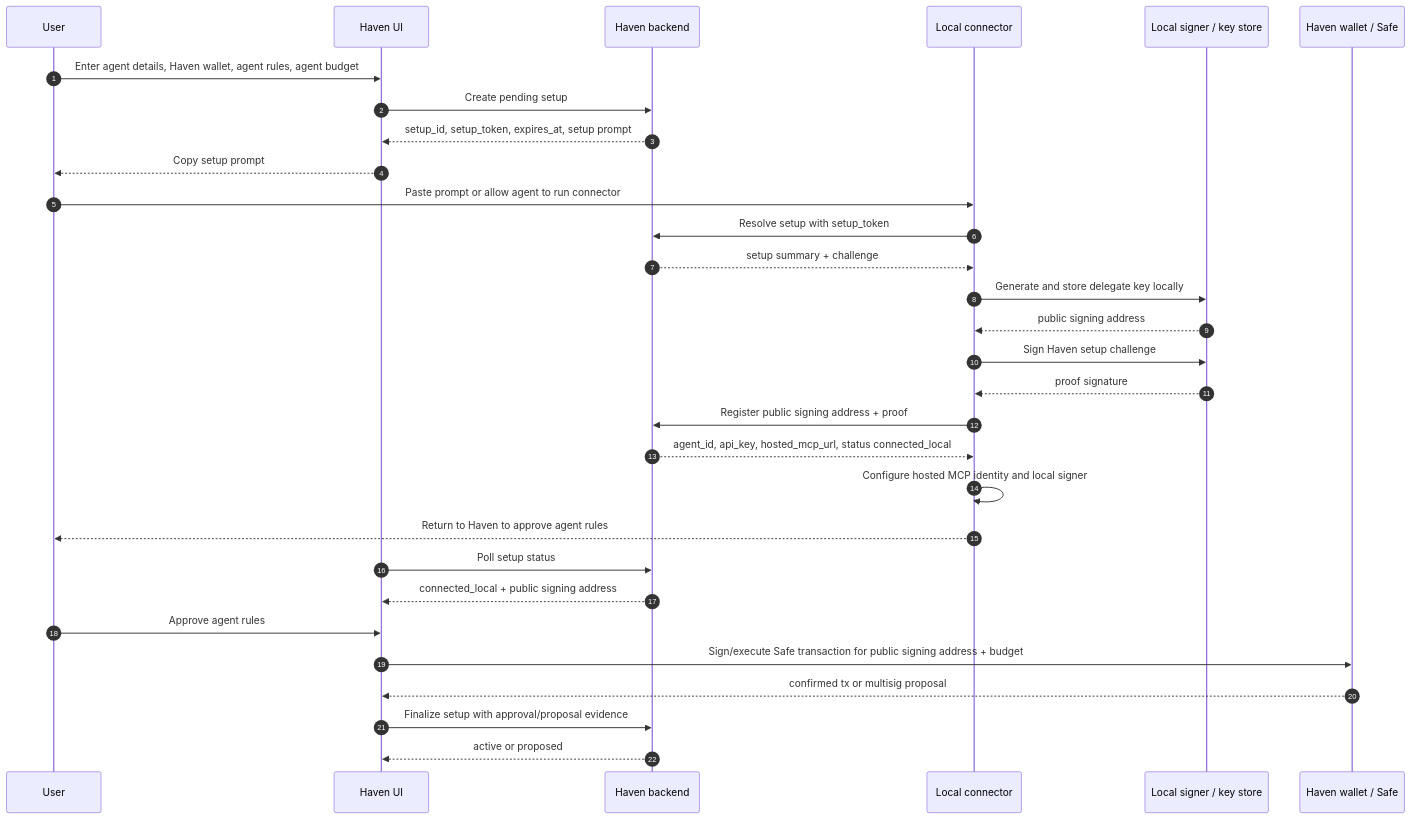
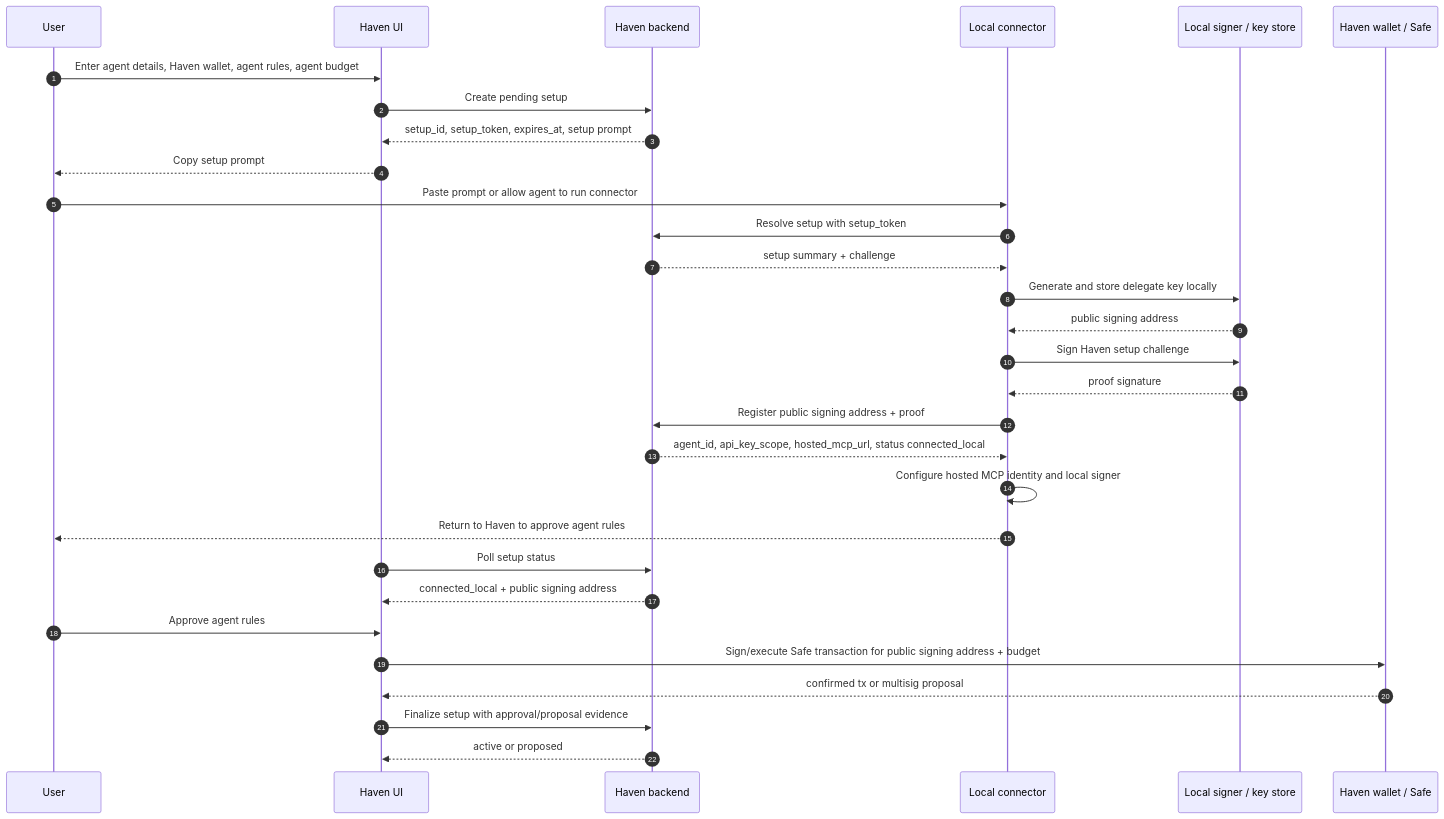
Before and after one commit to d-hinders/Haven-AI: the first of 4 diagrams in docs/architecture/08-connect-agent-2-local-key-pairing.md, drawn with Mermaid. The commit also changed other lines of this file and 14 other files, not shown here.

````diff
--- a/docs/architecture/08-connect-agent-2-local-key-pairing.md
+++ b/docs/architecture/08-connect-agent-2-local-key-pairing.md
@@ -180,33 +185,33 @@
 ```mermaid
 sequenceDiagram
   autonumber
   participant User
   participant UI as Haven UI
   participant API as Haven backend
   participant Connector as Local connector
   participant Signer as Local signer / key store
   participant Wallet as Haven wallet / Safe
 
   User->>UI: Enter agent details, Haven wallet, agent rules, agent budget
   UI->>API: Create pending setup
   API-->>UI: setup_id, setup_token, expires_at, setup prompt
   UI-->>User: Copy setup prompt
   User->>Connector: Paste prompt or allow agent to run connector
   Connector->>API: Resolve setup with setup_token
   API-->>Connector: setup summary + challenge
   Connector->>Signer: Generate and store delegate key locally
   Signer-->>Connector: public signing address
   Connector->>Signer: Sign Haven setup challenge
   Signer-->>Connector: proof signature
   Connector->>API: Register public signing address + proof
-  API-->>Connector: agent_id, api_key, hosted_mcp_url, status connected_local
+  API-->>Connector: agent_id, api_key_scope, hosted_mcp_url, status connected_local
   Connector->>Connector: Configure hosted MCP identity and local signer
   Connector-->>User: Return to Haven to approve agent rules
   UI->>API: Poll setup status
   API-->>UI: connected_local + public signing address
   User->>UI: Approve agent rules
   UI->>Wallet: Sign/execute Safe transaction for public signing address + budget
   Wallet-->>UI: confirmed tx or multisig proposal
   UI->>API: Finalize setup with approval/proposal evidence
   API-->>UI: active or proposed
 ```
````
